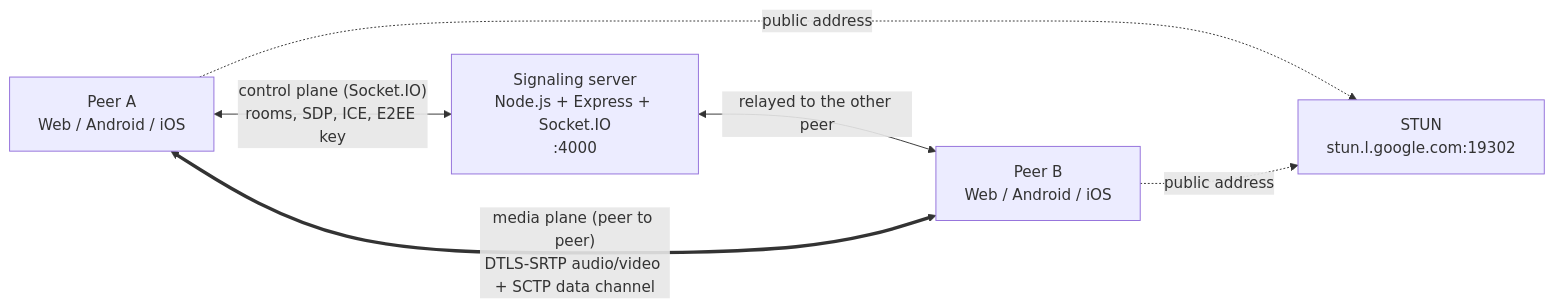
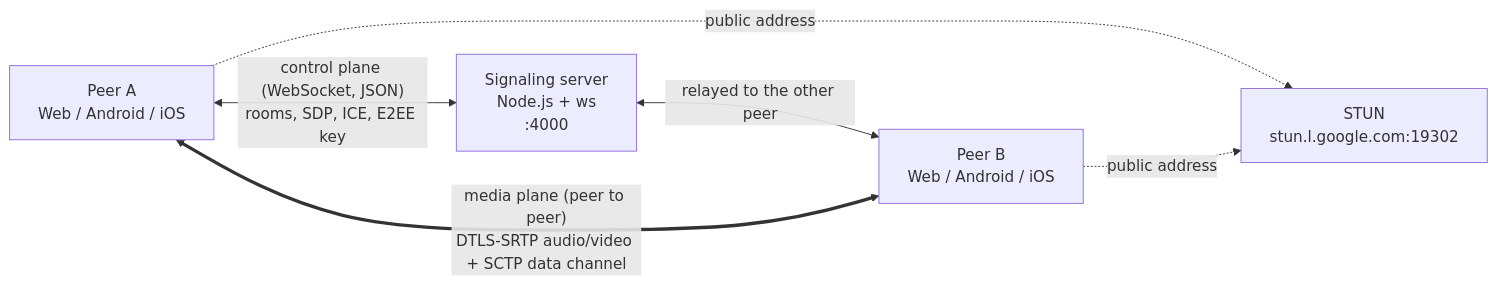
Before and after one commit to maitrungduc1410/WebRTC-Demo: the first of 24 diagrams in ARCHITECTURE.md, drawn with Mermaid. The commit also changed other lines of this file and 111 other files, not shown here.

````diff
--- a/ARCHITECTURE.md
+++ b/ARCHITECTURE.md
@@ -25,13 +26,13 @@
 ```mermaid
 flowchart LR
     A["Peer A<br/>Web / Android / iOS"]
-    S["Signaling server<br/>Node.js + Express + Socket.IO<br/>:4000"]
+    S["Signaling server<br/>Node.js + ws<br/>:4000"]
     B["Peer B<br/>Web / Android / iOS"]
     STUN["STUN<br/>stun.l.google.com:19302"]
 
-    A <-- "control plane (Socket.IO)<br/>rooms, SDP, ICE, E2EE key" --> S
+    A <-- "control plane (WebSocket, JSON)<br/>rooms, SDP, ICE, E2EE key" --> S
     S <-- "relayed to the other peer" --> B
     A <== "media plane (peer to peer)<br/>DTLS-SRTP audio/video + SCTP data channel" ==> B
     A -. "public address" .-> STUN
     B -. "public address" .-> STUN
 ```
````
